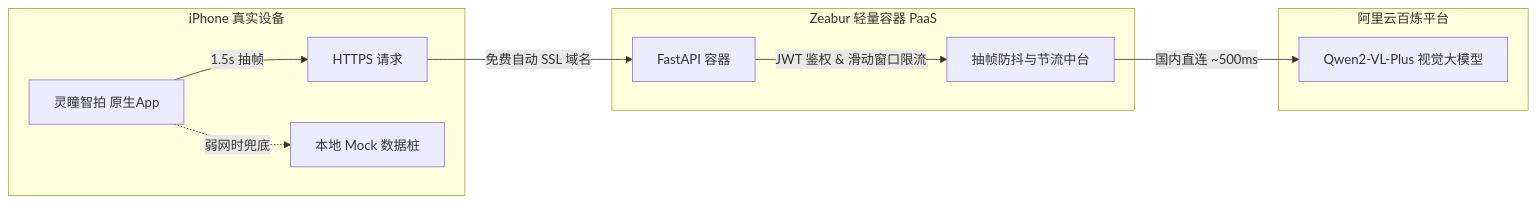
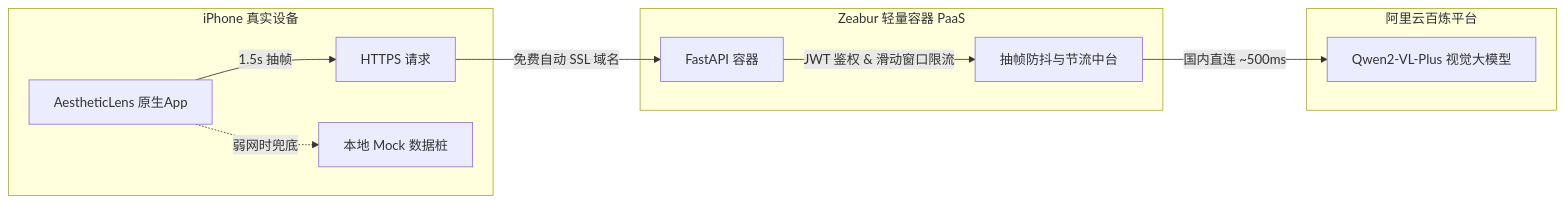
Before and after one commit to 233xiaoxiaolzj-boop/AestheticLens-AI: the diagram in docs/技术架构/实机演示与极简部署上线指南.md, drawn with Mermaid. The commit also changed other lines of this file and 8 other files, not shown here.

Commit message:
chore: rename all occurrences to pure english AestheticLens

````diff
--- a/docs/技术架构/实机演示与极简部署上线指南.md
+++ b/docs/技术架构/实机演示与极简部署上线指南.md
@@ -24,16 +24,16 @@
 ```mermaid
 flowchart LR
     subgraph iPhone [iPhone 真实设备]
-        App[灵瞳智拍 原生App] -->|1.5s 抽帧| HTTPS_Req[HTTPS 请求]
+        App[AestheticLens 原生App] -->|1.5s 抽帧| HTTPS_Req[HTTPS 请求]
         App -.->|弱网时兜底| LocalMock[本地 Mock 数据桩]
     end
 
     subgraph Zeabur_PaaS [Zeabur 轻量容器 PaaS]
         HTTPS_Req -->|免费自动 SSL 域名| Gateway[FastAPI 容器]
         Gateway -->|JWT 鉴权 & 滑动窗口限流| Logic[抽帧防抖与节流中台]
     end
 
     subgraph Alibaba_Cloud [阿里云百炼平台]
         Logic -->|国内直连 ~500ms| QwenVL[Qwen2-VL-Plus 视觉大模型]
     end
 ```
````
